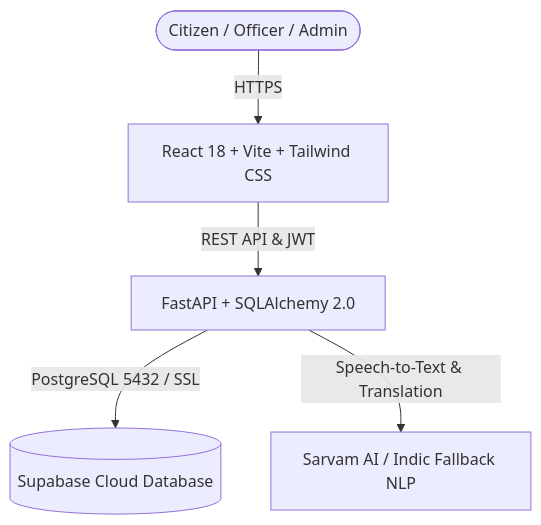
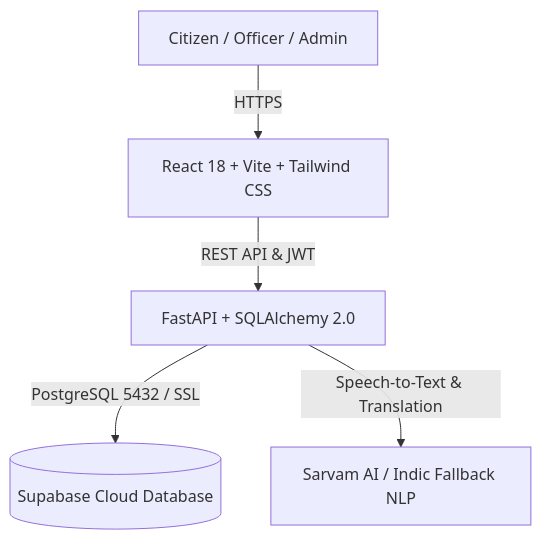
One commit to namdas-om/Jan-Sahayak-AI-Multilingual-Grievance-Platform changed the diagram in README.md. Above: the diagram before and after it, drawn with Mermaid. The commit also changed other lines of this file, not shown here.

````diff
--- a/README.md
+++ b/README.md
@@ -54,7 +54,7 @@
 ```mermaid
 graph TD
-    User([Citizen / Officer / Admin]) -->|HTTPS| Frontend[React 18 + Vite + Tailwind CSS]
-    Frontend -->|REST API & JWT| Backend[FastAPI + SQLAlchemy 2.0]
-    Backend -->|PostgreSQL 5432 / SSL| DB[(Supabase Cloud Database)]
-    Backend -->|Speech-to-Text & Translation| AI[Sarvam AI / Indic Fallback NLP]
+    User["Citizen / Officer / Admin"] -->|HTTPS| Frontend["React 18 + Vite + Tailwind CSS"]
+    Frontend -->|REST API & JWT| Backend["FastAPI + SQLAlchemy 2.0"]
+    Backend -->|PostgreSQL 5432 / SSL| DB[("Supabase Cloud Database")]
+    Backend -->|Speech-to-Text & Translation| AI["Sarvam AI / Indic Fallback NLP"]
 ```
````
